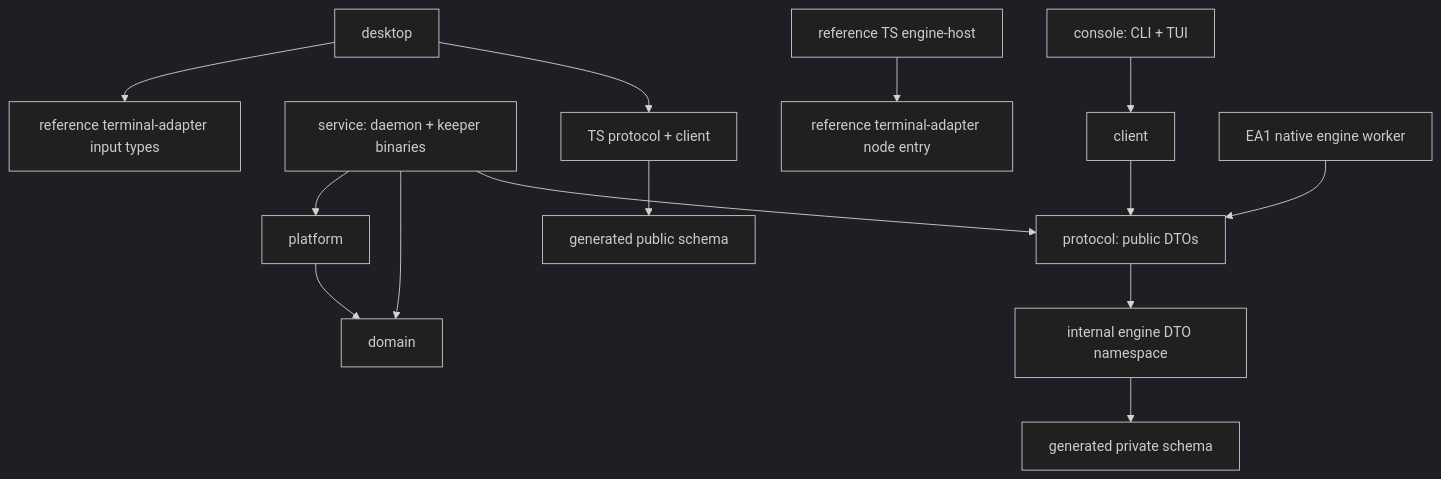
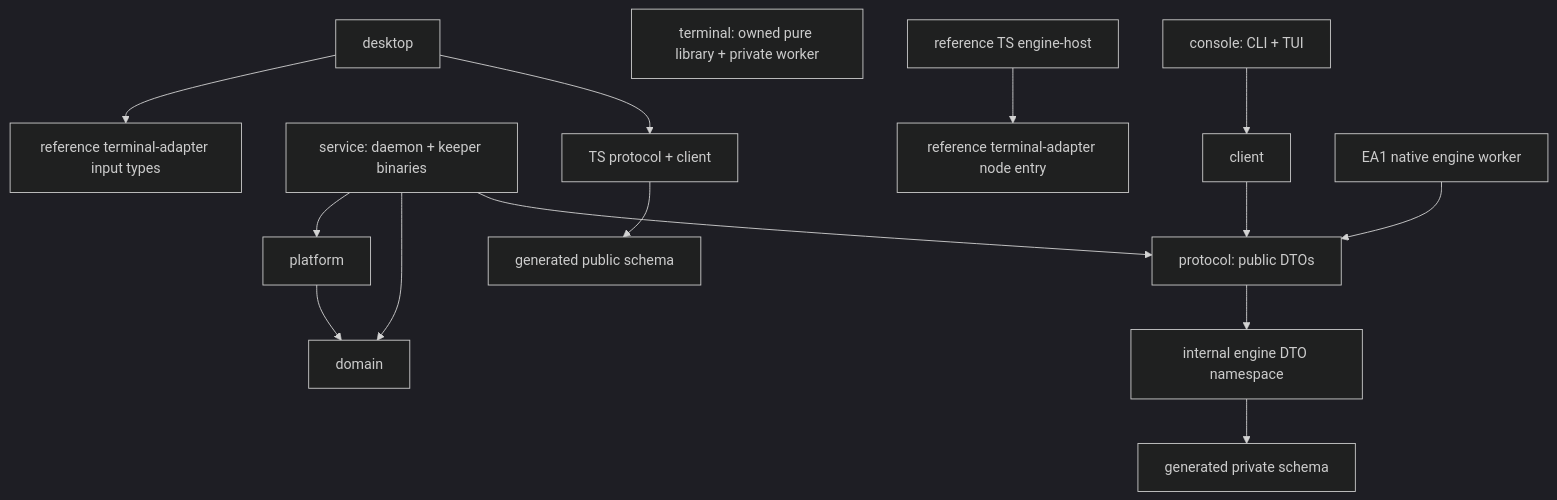
The diagram in docs/engineering/14-repository-and-engineering-practices.md (whoodes/namtab), drawn with Mermaid (dark theme) before and after one commit. The commit also changed other lines of this file and 6 other files, not shown here.

````diff
--- a/docs/engineering/14-repository-and-engineering-practices.md
+++ b/docs/engineering/14-repository-and-engineering-practices.md
@@ -65,16 +65,17 @@
 ```mermaid
 flowchart TD
     Console[console: CLI + TUI] --> Client[client]
     Client --> Wire[protocol: public DTOs]
     Service[service: daemon + keeper binaries] --> Wire
     Service --> Domain[domain]
     Service --> Platform[platform]
     Platform --> Domain
+    Terminal[terminal: owned pure library + private worker]
     Desktop[desktop] --> TSWire[TS protocol + client]
     Desktop --> Adapter[reference terminal-adapter input types]
     Engine[reference TS engine-host] --> AdapterNode[reference terminal-adapter node entry]
     Native[EA1 native engine worker] --> Wire
     Wire --> Private[internal engine DTO namespace]
     TSWire --> Schema[generated public schema]
     Private --> PrivateSchema[generated private schema]
 ```
````
